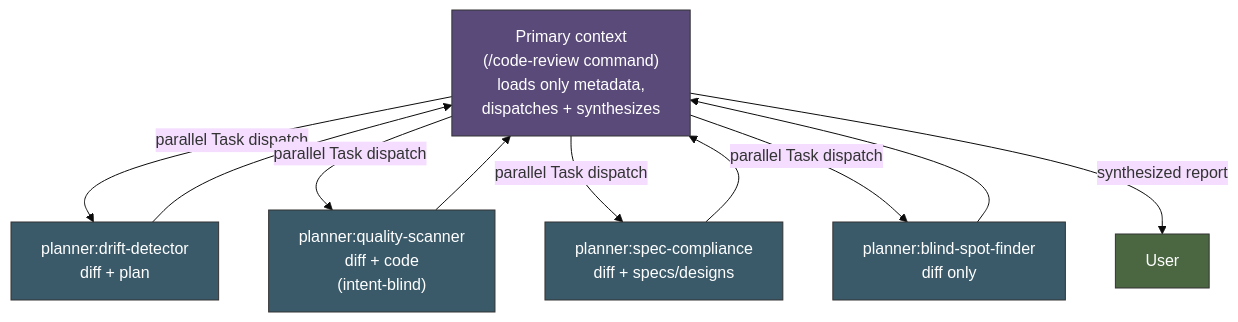
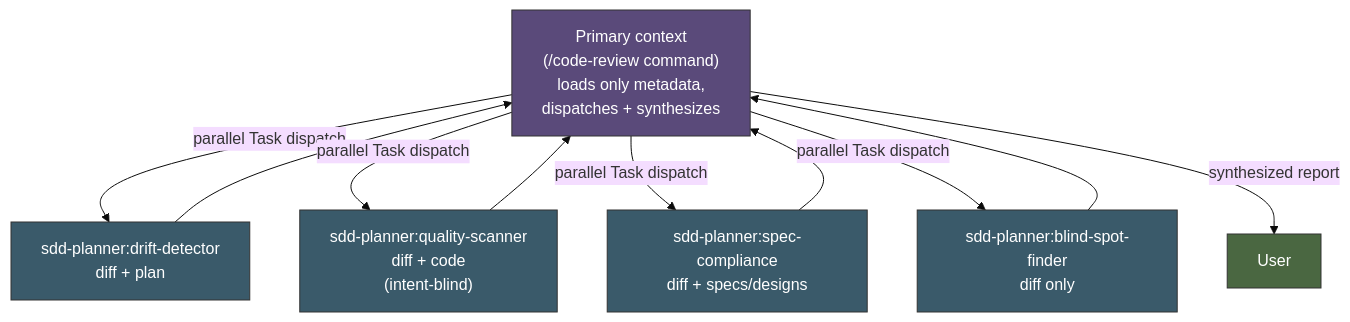
The fourth of 5 diagrams in README.md (danweinerdev/claude-project-planner), drawn with Mermaid (base theme) before and after one commit. The commit also changed other lines of this file and 22 other files, not shown here.

First line of the commit message:
Rename plugin from "planner" to "sdd-planner"

````diff
--- a/README.md
+++ b/README.md
@@ -214,26 +214,26 @@
 ```mermaid
 graph TD
     primary["Primary context<br/>(/code-review command)<br/>loads only metadata,<br/>dispatches + synthesizes"]
-    drift["planner:drift-detector<br/>diff + plan"]
-    qual["planner:quality-scanner<br/>diff + code<br/>(intent-blind)"]
-    spec["planner:spec-compliance<br/>diff + specs/designs"]
-    blind["planner:blind-spot-finder<br/>diff only"]
+    drift["sdd-planner:drift-detector<br/>diff + plan"]
+    qual["sdd-planner:quality-scanner<br/>diff + code<br/>(intent-blind)"]
+    spec["sdd-planner:spec-compliance<br/>diff + specs/designs"]
+    blind["sdd-planner:blind-spot-finder<br/>diff only"]
 
     primary -->|parallel Task dispatch| drift
     primary -->|parallel Task dispatch| qual
     primary -->|parallel Task dispatch| spec
     primary -->|parallel Task dispatch| blind
     drift --> primary
     qual --> primary
     spec --> primary
     blind --> primary
     primary -->|synthesized report| user["User"]
 
     classDef primary fill:#5a4a7a,stroke:#333,color:#fff
     classDef sub fill:#3a5a6a,stroke:#333,color:#fff
     classDef user fill:#4a6741,stroke:#333,color:#fff
 
     class primary primary
     class drift,qual,spec,blind sub
     class user user
 ```
````
